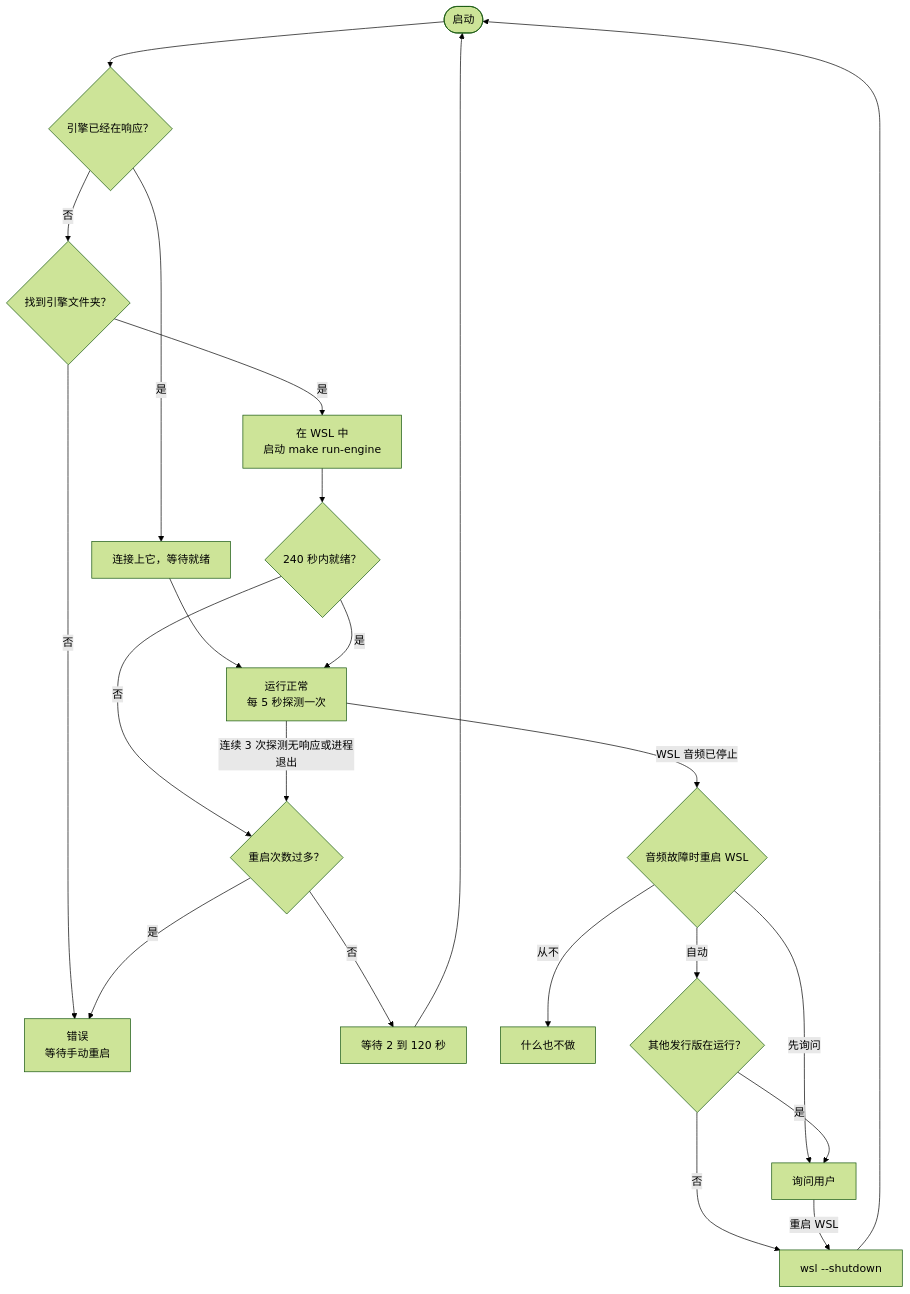
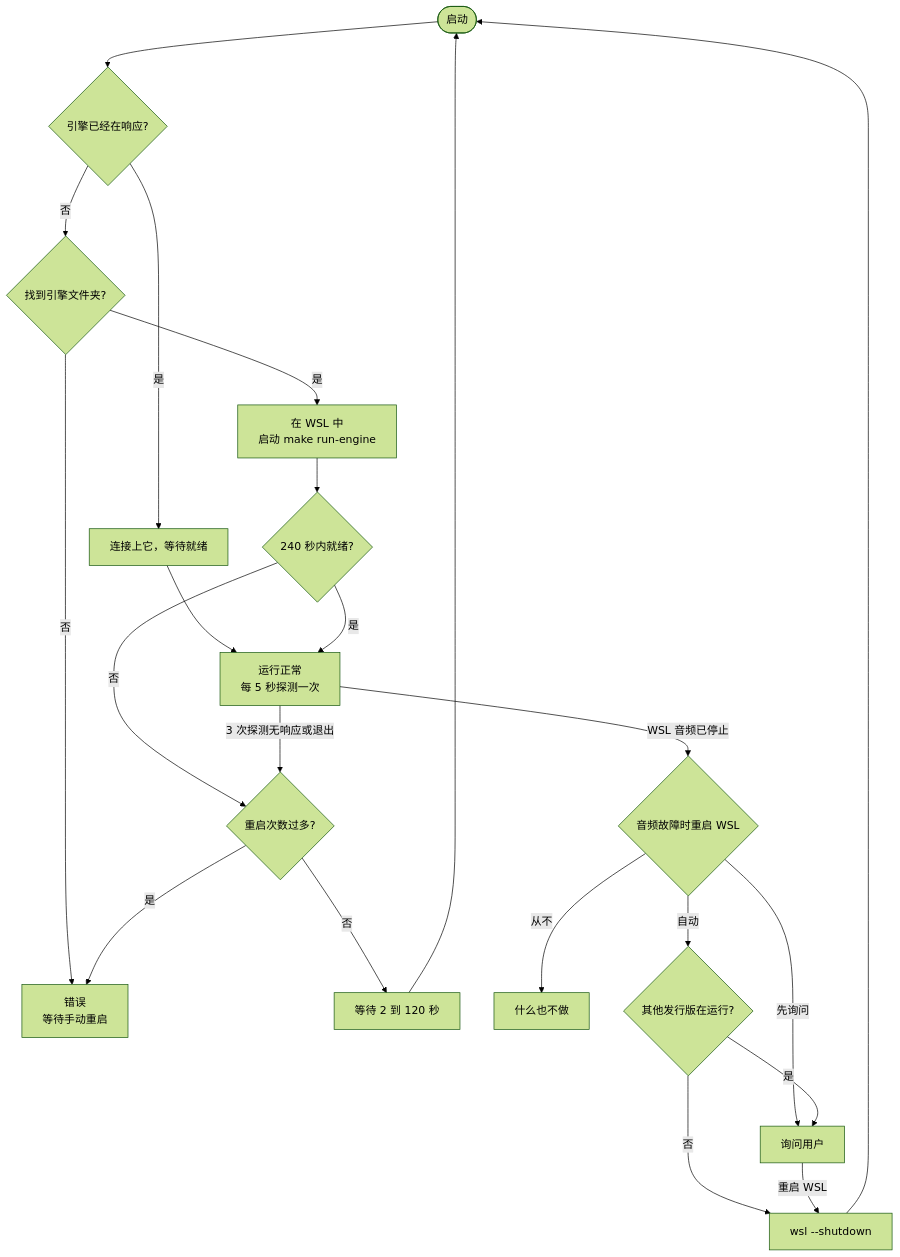
One commit to nano-br/voice-mate changed the fifth of 5 diagrams in README.zh-CN.md. Above: the diagram before and after it, drawn with Mermaid (forest theme). The commit also changed other lines of this file and 1 other file, not shown here.

````diff
--- a/README.zh-CN.md
+++ b/README.zh-CN.md
@@ -282,23 +282,23 @@
 ```mermaid
 flowchart TD
-    launch(["启动"]) --> q_health{"引擎已经在响应？"}
+    launch(["启动"]) --> q_health{"引擎已经在响应?"}
     q_health -- "是" --> attach["连接上它，等待就绪"] --> healthy
-    q_health -- "否" --> q_dir{"找到引擎文件夹？"}
+    q_health -- "否" --> q_dir{"找到引擎文件夹?"}
     q_dir -- "否" --> failed["错误<br/>等待手动重启"]
     q_dir -- "是" --> spawn["在 WSL 中<br/>启动 make run-engine"]
-    spawn --> q_ready{"240 秒内就绪？"}
+    spawn --> q_ready{"240 秒内就绪?"}
     q_ready -- "是" --> healthy["运行正常<br/>每 5 秒探测一次"]
     q_ready -- "否" --> q_breaker
-    healthy -->|"连续 3 次探测无响应或进程退出"| q_breaker{"重启次数过多？"}
+    healthy -->|"3 次探测无响应或退出"| q_breaker{"重启次数过多?"}
     q_breaker -- "否" --> backoff["等待 2 到 120 秒"]
     backoff --> launch
     q_breaker -- "是" --> failed
     healthy -->|"WSL 音频已停止"| q_policy{"音频故障时重启 WSL"}
     q_policy -- "从不" --> nothing["什么也不做"]
     q_policy -- "先询问" --> ask["询问用户"]
-    q_policy -- "自动" --> q_others{"其他发行版在运行？"}
+    q_policy -- "自动" --> q_others{"其他发行版在运行?"}
     q_others -- "是" --> ask
     q_others -- "否" --> wslrestart["wsl --shutdown"]
     ask -- "重启 WSL" --> wslrestart
     wslrestart --> launch
 ```
````
